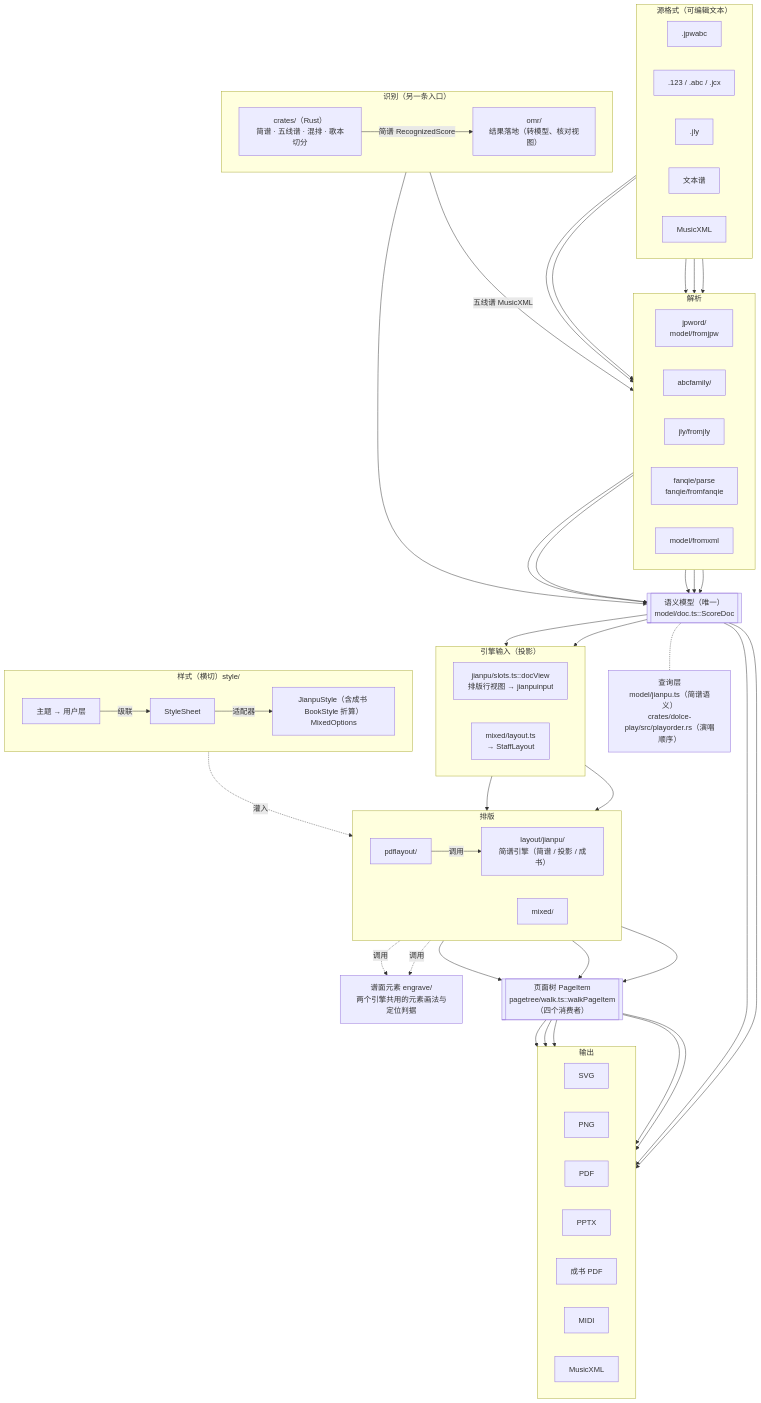
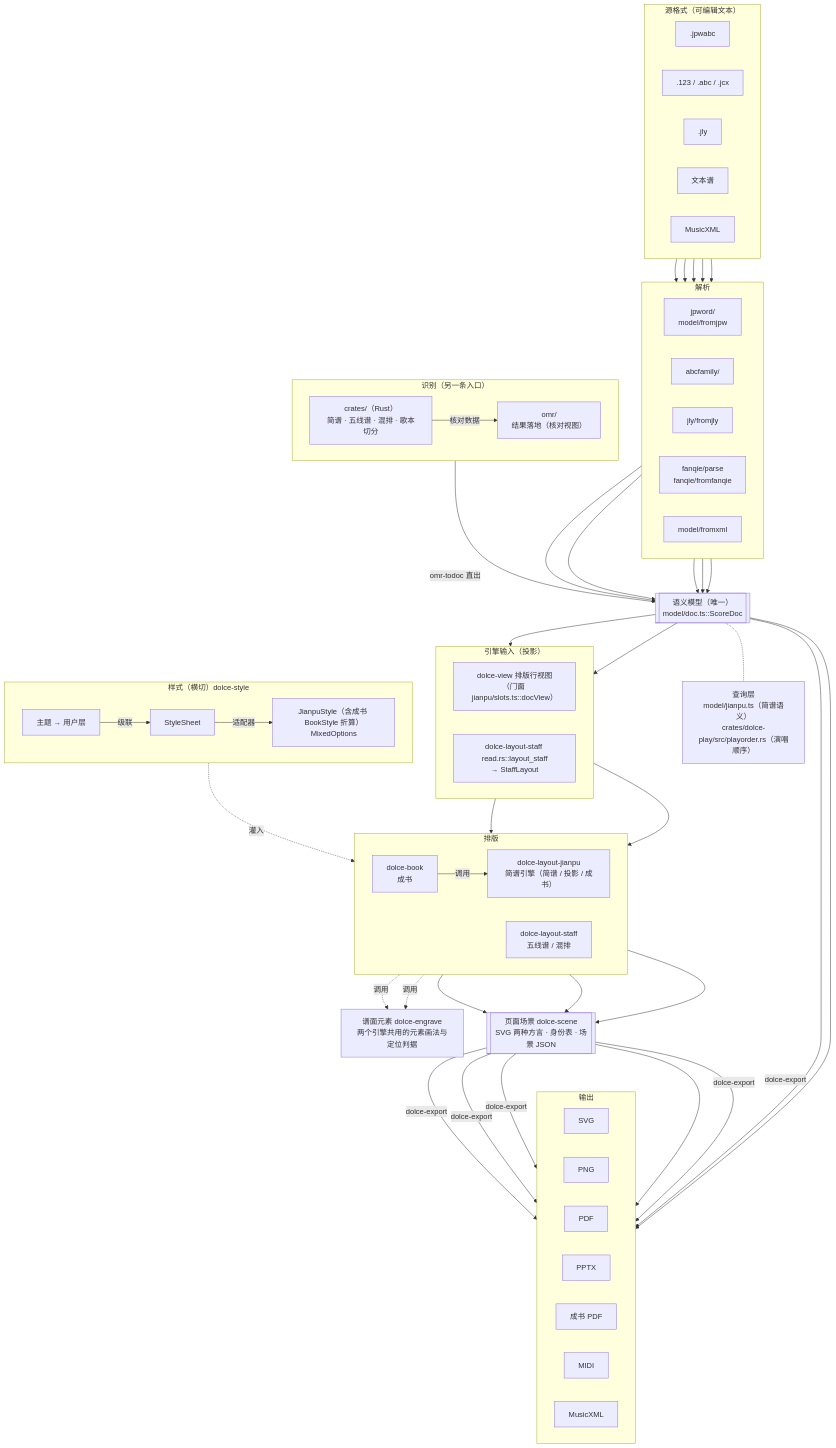
One commit to lodebar2026/dolce changed the diagram in docs/架构.md. Above: the diagram before and after it, drawn with Mermaid. The commit also changed other lines of this file and 28 other files, not shown here.

````diff
--- a/docs/架构.md
+++ b/docs/架构.md
@@ -71,7 +72,7 @@
   subgraph OMR["识别（另一条入口）"]
     direction LR
     rust["crates/（Rust）<br/>简谱 · 五线谱 · 混排 · 歌本切分"]
-    omr["omr/<br/>结果落地（转模型、核对视图）"]
+    omr["omr/<br/>结果落地（核对视图）"]
   end
 
   doc[["语义模型（唯一）<br/>model/doc.ts::ScoreDoc"]]
@@ -79,20 +80,20 @@
 
   subgraph PROJ["引擎输入（投影）"]
     direction LR
-    ipu["jianpu/slots.ts::docView<br/>排版行视图 → jianpuinput"]
-    imx["mixed/layout.ts<br/>→ StaffLayout"]
+    ipu["dolce-view 排版行视图<br/>（门面 jianpu/slots.ts::docView）"]
+    imx["dolce-layout-staff read.rs::layout_staff<br/>→ StaffLayout"]
   end
 
   subgraph LAYOUT["排版"]
     direction LR
-    ljp["layout/jianpu/<br/>简谱引擎（简谱 / 投影 / 成书）"]
-    lmx["mixed/"]
-    lbook["pdflayout/"]
+    ljp["dolce-layout-jianpu<br/>简谱引擎（简谱 / 投影 / 成书）"]
+    lmx["dolce-layout-staff<br/>五线谱 / 混排"]
+    lbook["dolce-book<br/>成书"]
   end
 
-  engrave["谱面元素 engrave/<br/>两个引擎共用的元素画法与定位判据"]
+  engrave["谱面元素 dolce-engrave<br/>两个引擎共用的元素画法与定位判据"]
 
-  tree[["页面树 PageItem<br/>pagetree/walk.ts::walkPageItem（四个消费者）"]]
+  tree[["页面场景 dolce-scene<br/>SVG 两种方言 · 身份表 · 场景 JSON"]]
 
   subgraph OUT["输出"]
     direction LR
@@ -105,7 +106,7 @@
     o7["MusicXML"]
   end
 
-  subgraph STYLE["样式（横切）style/"]
+  subgraph STYLE["样式（横切）dolce-style"]
     direction LR
     theme["主题 → 用户层"] -- 级联 --> sheet["StyleSheet"]
     sheet -- 适配器 --> rulers["JianpuStyle（含成书 BookStyle 折算）<br/>MixedOptions"]
@@ -117,9 +118,8 @@
   fanqie --> ppu
   xml --> pxml
   pjpw & pabc & pjly & ppu & pxml --> doc
-  rust -- 简谱 RecognizedScore --> omr
-  omr --> doc
-  rust -- 五线谱 MusicXML --> pxml
+  rust -- omr-todoc 直出 --> doc
+  rust -- 核对数据 --> omr
   doc -.- query
   doc --> ipu & imx
   ipu --> ljp
@@ -127,7 +127,7 @@
   lbook -- 调用 --> ljp
   ljp & lmx -. 调用 .-> engrave
   ljp & lmx & lbook --> tree
-  tree --> o1 & o2 & o3 & o4 & o5
+  tree -- dolce-export --> o1 & o2 & o3 & o4 & o5
   doc --> o6 & o7
   rulers -. 灌入 .-> LAYOUT
 ```
````
